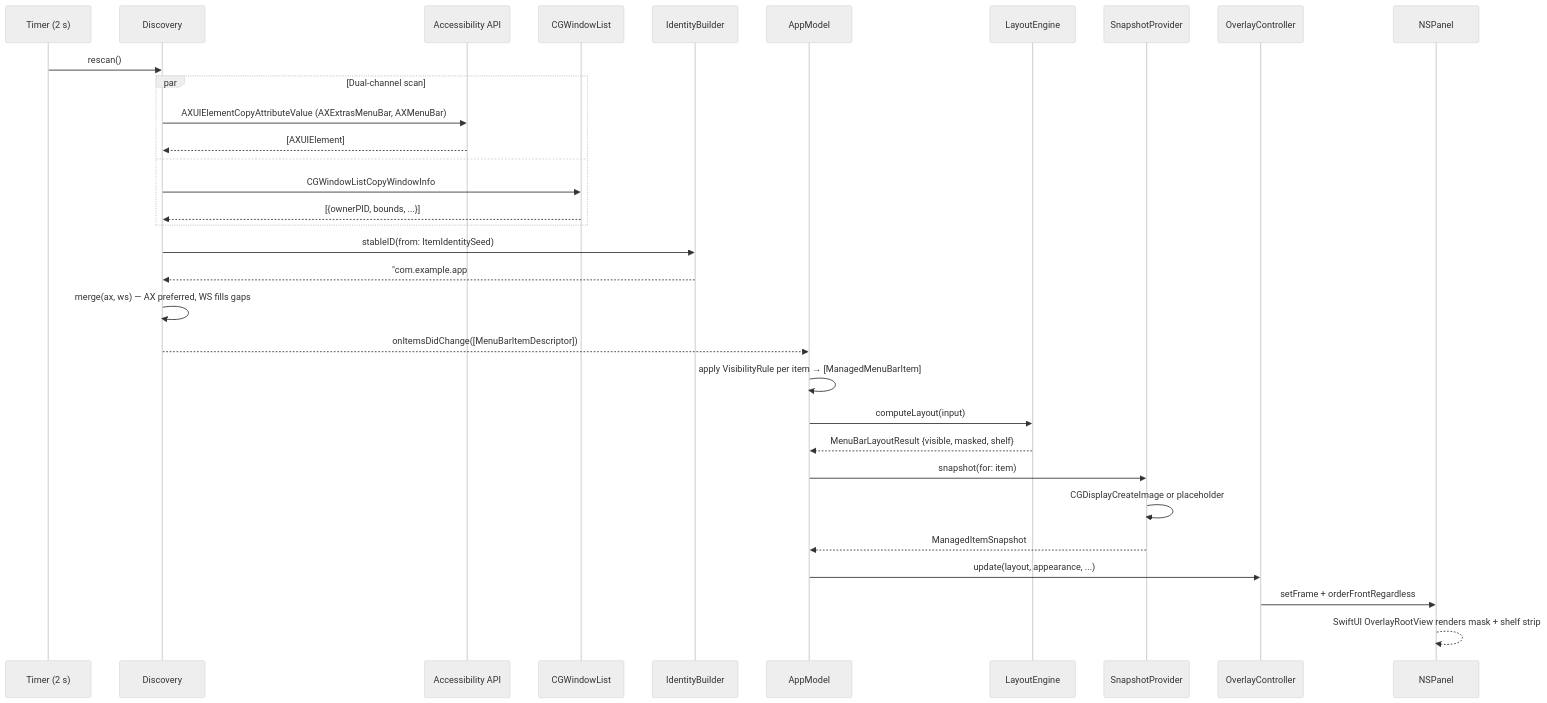
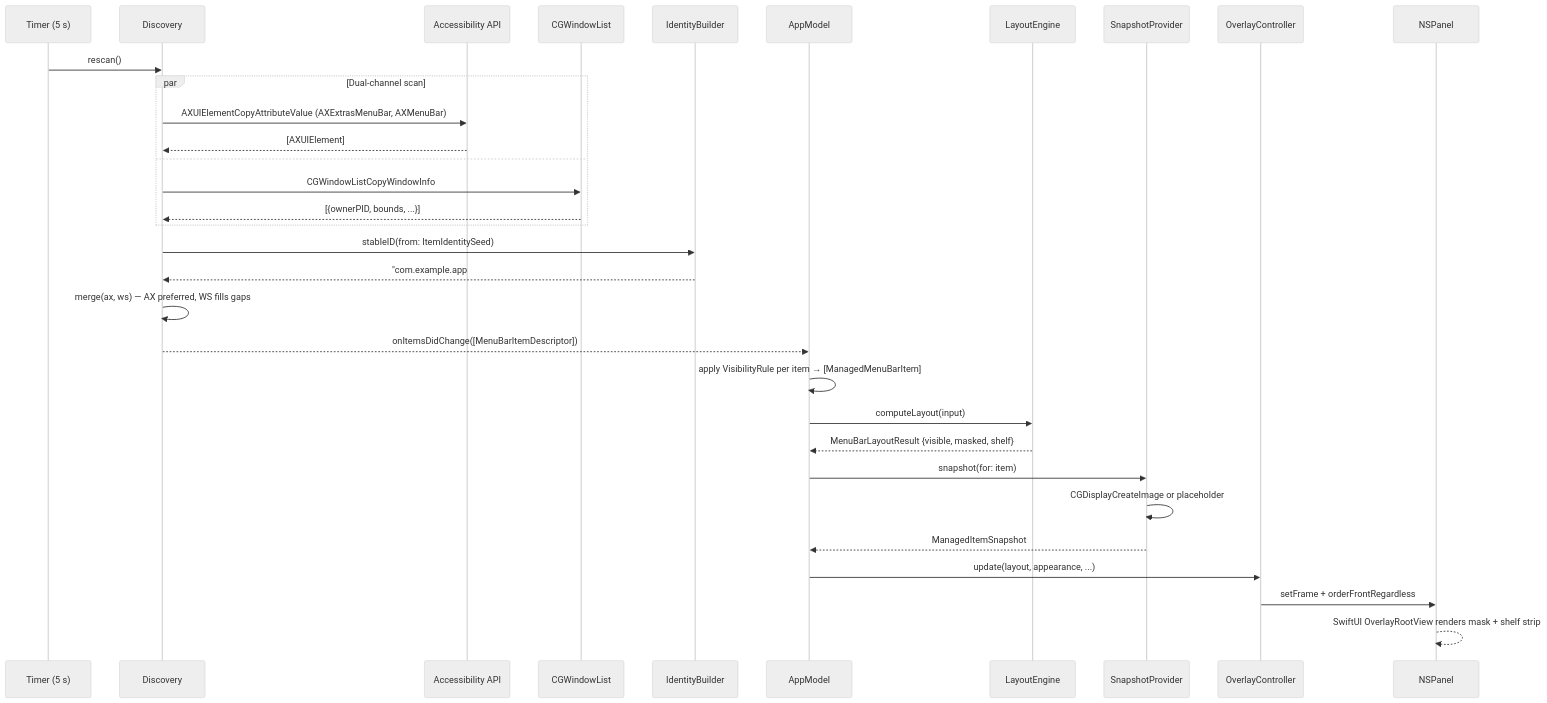
One commit to occcat/fuck-the-menu-bar changed the second of 3 diagrams in docs/ARCHITECTURE.md. Above: the diagram before and after it, drawn with Mermaid (neutral theme). The commit also changed other lines of this file and 11 other files, not shown here.

````diff
--- a/docs/ARCHITECTURE.md
+++ b/docs/ARCHITECTURE.md
@@ -109,40 +110,40 @@
 ```mermaid
 sequenceDiagram
-    participant Timer as Timer (2 s)
+    participant Timer as Timer (5 s)
     participant Disc as Discovery
     participant AX as Accessibility API
     participant WS as CGWindowList
     participant IDBuilder as IdentityBuilder
     participant Model as AppModel
     participant LE as LayoutEngine
     participant Snap as SnapshotProvider
     participant OC as OverlayController
     participant Panel as NSPanel
 
     Timer->>Disc: rescan()
     par Dual-channel scan
         Disc->>AX: AXUIElementCopyAttributeValue (AXExtrasMenuBar, AXMenuBar)
         AX-->>Disc: [AXUIElement]
     and
         Disc->>WS: CGWindowListCopyWindowInfo
         WS-->>Disc: [{ownerPID, bounds, ...}]
     end
 
     Disc->>IDBuilder: stableID(from: ItemIdentitySeed)
     IDBuilder-->>Disc: "com.example.app#identifier"
 
     Disc->>Disc: merge(ax, ws) — AX preferred, WS fills gaps
     Disc-->>Model: onItemsDidChange([MenuBarItemDescriptor])
 
     Model->>Model: apply VisibilityRule per item → [ManagedMenuBarItem]
     Model->>LE: computeLayout(input)
     LE-->>Model: MenuBarLayoutResult {visible, masked, shelf}
 
     Model->>Snap: snapshot(for: item)
     Snap->>Snap: CGDisplayCreateImage or placeholder
     Snap-->>Model: ManagedItemSnapshot
 
     Model->>OC: update(layout, appearance, ...)
     OC->>Panel: setFrame + orderFrontRegardless
     Panel-->>Panel: SwiftUI OverlayRootView renders mask + shelf strip
 ```
````
